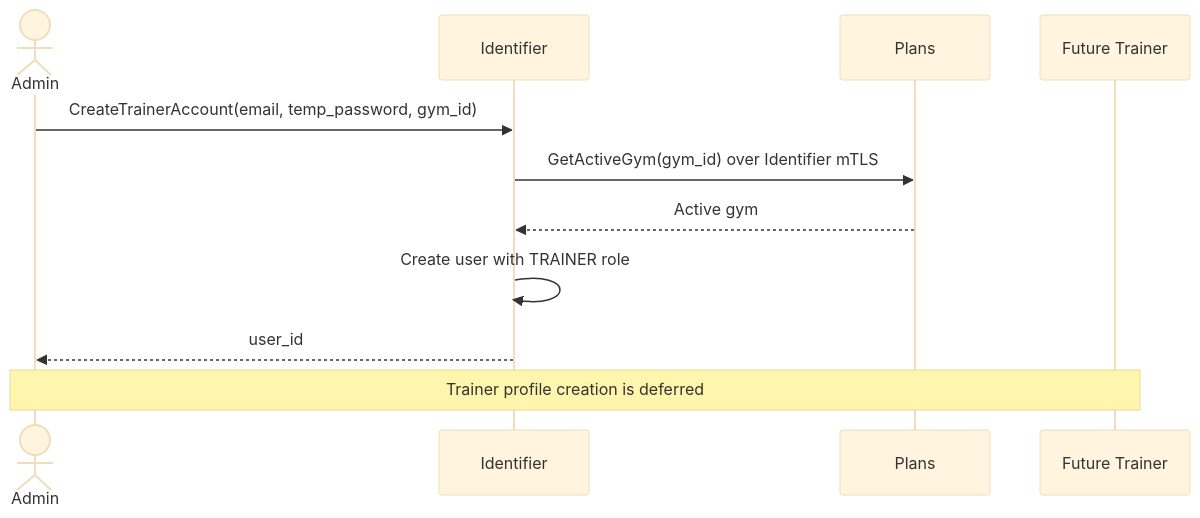
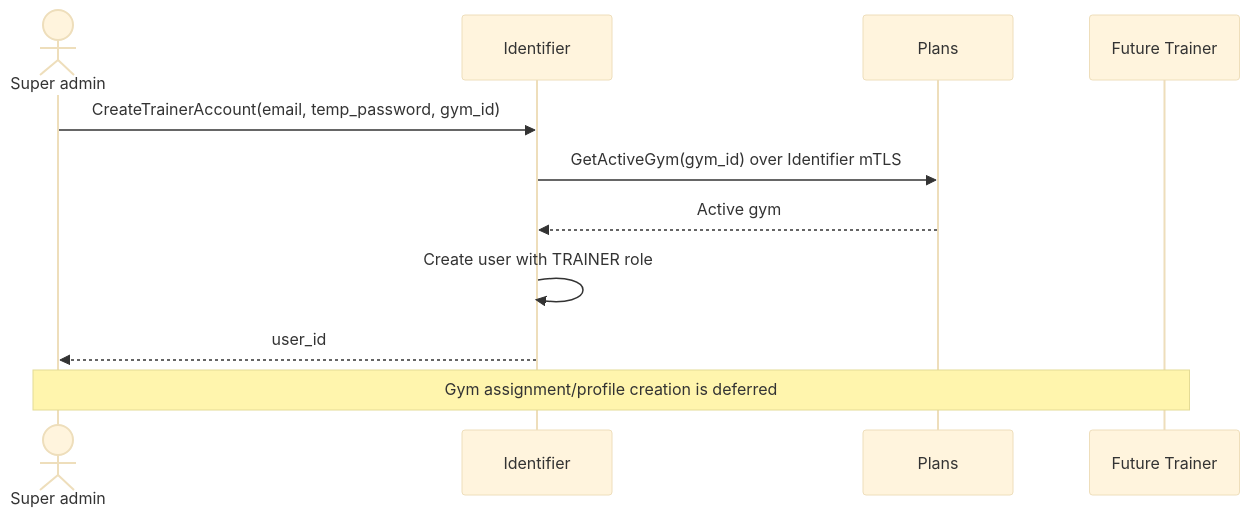
Before and after one commit to pploc/gym-architect: the fifth of 5 diagrams in flows/01-business-flows.md, drawn with Mermaid (base theme). The commit also changed other lines of this file and 23 other files, not shown here.

````diff
--- a/flows/01-business-flows.md
+++ b/flows/01-business-flows.md
@@ -211,14 +189,14 @@
 ```mermaid
 sequenceDiagram
-    actor A as Admin
+    actor A as Super admin
     participant ID as Identifier
     participant PL as Plans
     participant TS as Future Trainer
 
     A->>ID: CreateTrainerAccount(email, temp_password, gym_id)
     ID->>PL: GetActiveGym(gym_id) over Identifier mTLS
     PL-->>ID: Active gym
     ID->>ID: Create user with TRAINER role
     ID-->>A: user_id
-    Note over A,TS: Trainer profile creation is deferred
+    Note over A,TS: Gym assignment/profile creation is deferred
 ```
````
